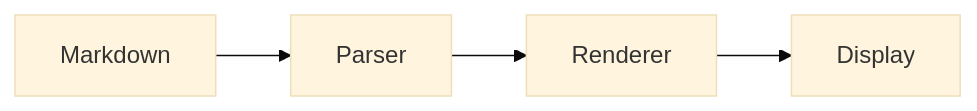
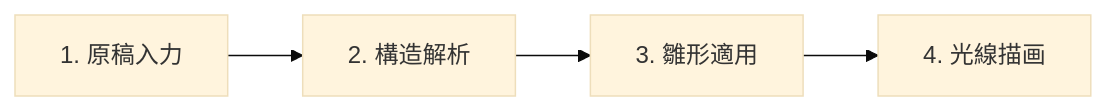
The second of 5 diagrams in public/standalone-apps/luxyno/samples/visual-template.md (prankster-freedom/ToyBox), drawn with Mermaid (base theme) before and after one commit. The commit also changed other lines of this file and 20 other files, not shown here.

````diff
--- a/public/standalone-apps/luxyno/samples/visual-template.md
+++ b/public/standalone-apps/luxyno/samples/visual-template.md
@@ -66,6 +97,6 @@
 ```mermaid
 flowchart LR
-    A[Markdown] --> B[Parser]
-    B --> C[Renderer]
-    C --> D[Display]
+    S1[1. 原稿入力] --> S2[2. 構造解析]
+    S2 --> S3[3. 雛形適用]
+    S3 --> S4[4. 光線描画]
 ```
````
